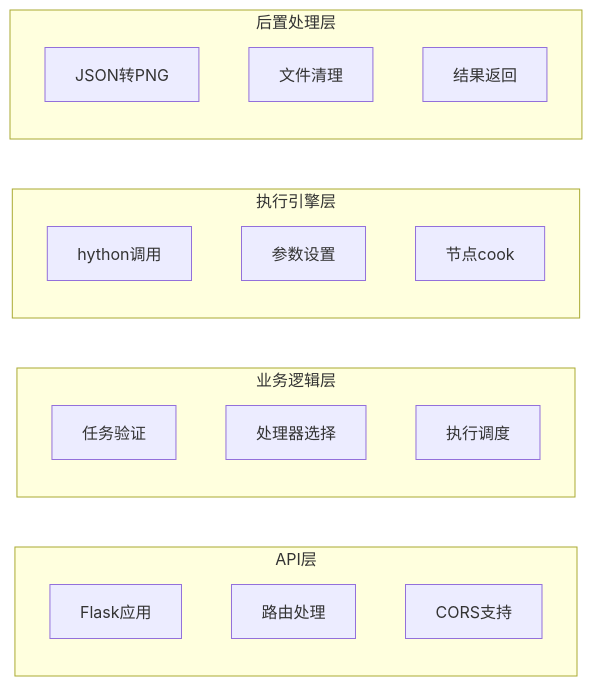
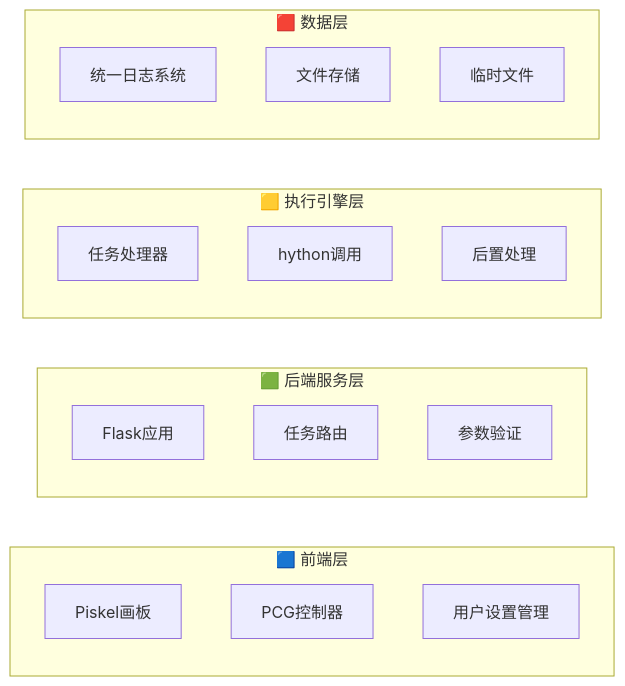
Before and after one commit to NTOM/piskel2Houdini: the second of 8 diagrams in Houdini后端服务架构笔记.md, drawn with Mermaid. The commit also changed other lines of this file and 9 other files, not shown here.

````diff
--- a/Houdini后端服务架构笔记.md
+++ b/Houdini后端服务架构笔记.md
@@ -62,26 +72,26 @@
 ```mermaid
 graph LR
-    subgraph "API层"
-        A[Flask应用]
-        B[路由处理]
-        C[CORS支持]
+    subgraph "🟦 前端层"
+        A[Piskel画板]
+        B[PCG控制器]
+        C[用户设置管理]
     end
     
-    subgraph "业务逻辑层"
-        D[任务验证]
-        E[处理器选择]
-        F[执行调度]
+    subgraph "🟩 后端服务层"
+        D[Flask应用]
+        E[任务路由]
+        F[参数验证]
     end
     
-    subgraph "执行引擎层"
-        G[hython调用]
-        H[参数设置]
-        I[节点cook]
+    subgraph "🟨 执行引擎层"
+        G[任务处理器]
+        H[hython调用]
+        I[后置处理]
     end
     
-    subgraph "后置处理层"
-        J[JSON转PNG]
-        K[文件清理]
-        L[结果返回]
+    subgraph "🟥 数据层"
+        J[统一日志系统]
+        K[文件存储]
+        L[临时文件]
     end
 ```
````
